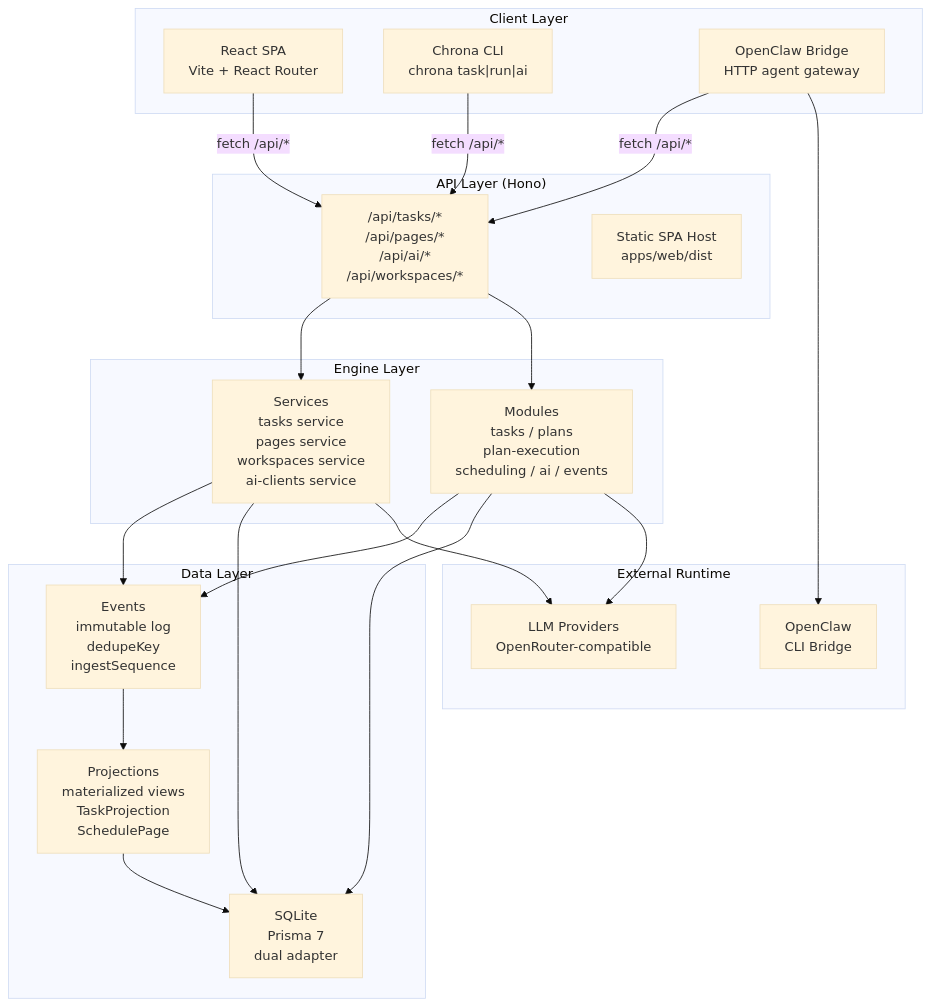
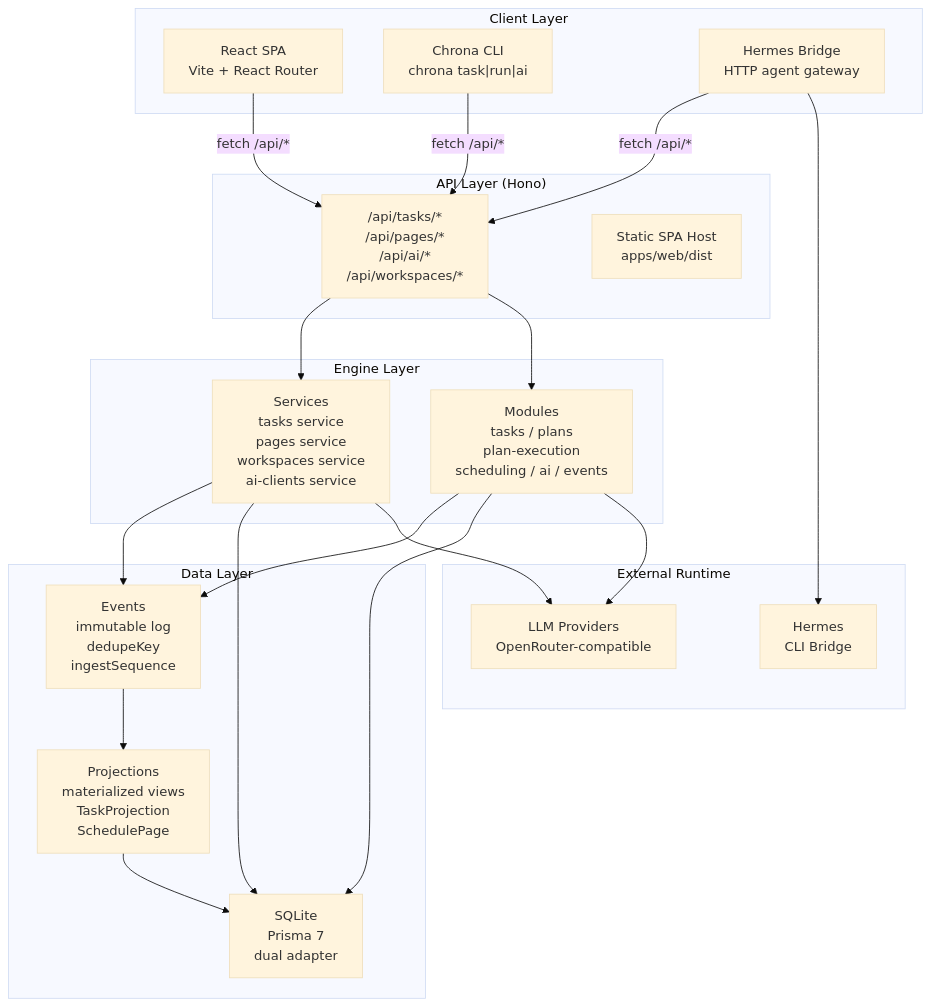
Before and after one commit to saya-ashen/Chrona: the first of 7 diagrams in docs/architecture.md, drawn with Mermaid (base theme). The commit also changed other lines of this file and 129 other files, not shown here.

````diff
--- a/docs/architecture.md
+++ b/docs/architecture.md
@@ -29,44 +29,44 @@
 ```mermaid
 graph TB
     subgraph Client["Client Layer"]
         SPA["React SPA<br/>Vite + React Router"]
         CLI["Chrona CLI<br/>chrona task|run|ai"]
-        BRIDGE["OpenClaw Bridge<br/>HTTP agent gateway"]
+        BRIDGE["Hermes Bridge<br/>HTTP agent gateway"]
     end
 
     subgraph API["API Layer (Hono)"]
         ROUTES["/api/tasks/*<br/>/api/pages/*<br/>/api/ai/*<br/>/api/workspaces/*"]
         STATIC["Static SPA Host<br/>apps/web/dist"]
     end
 
     subgraph Engine["Engine Layer"]
         SVC["Services<br/>tasks service<br/>pages service<br/>workspaces service<br/>ai-clients service"]
         MOD["Modules<br/>tasks / plans<br/>plan-execution<br/>scheduling / ai / events"]
     end
 
     subgraph Data["Data Layer"]
         EVENTS["Events<br/>immutable log<br/>dedupeKey<br/>ingestSequence"]
         PROJ["Projections<br/>materialized views<br/>TaskProjection<br/>SchedulePage"]
         DB["SQLite<br/>Prisma 7<br/>dual adapter"]
     end
 
     subgraph External["External Runtime"]
-        OCB["OpenClaw<br/>CLI Bridge"]
+        OCB["Hermes<br/>CLI Bridge"]
         LLM["LLM Providers<br/>OpenRouter-compatible"]
     end
 
     SPA -->|"fetch /api/*"| ROUTES
     CLI -->|"fetch /api/*"| ROUTES
     BRIDGE -->|"fetch /api/*"| ROUTES
     ROUTES --> SVC
     ROUTES --> MOD
     SVC --> EVENTS
     SVC --> DB
     MOD --> EVENTS
     MOD --> DB
     EVENTS --> PROJ
     PROJ --> DB
     SVC --> LLM
     MOD --> LLM
     BRIDGE --> OCB
 ```
````
